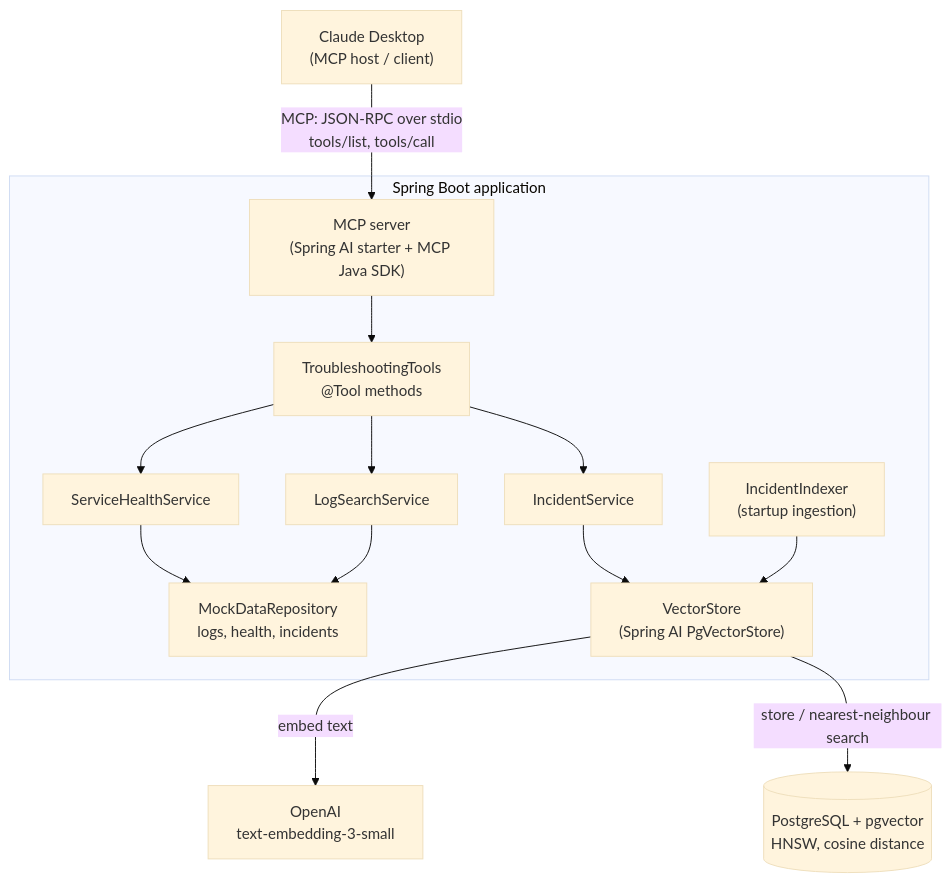
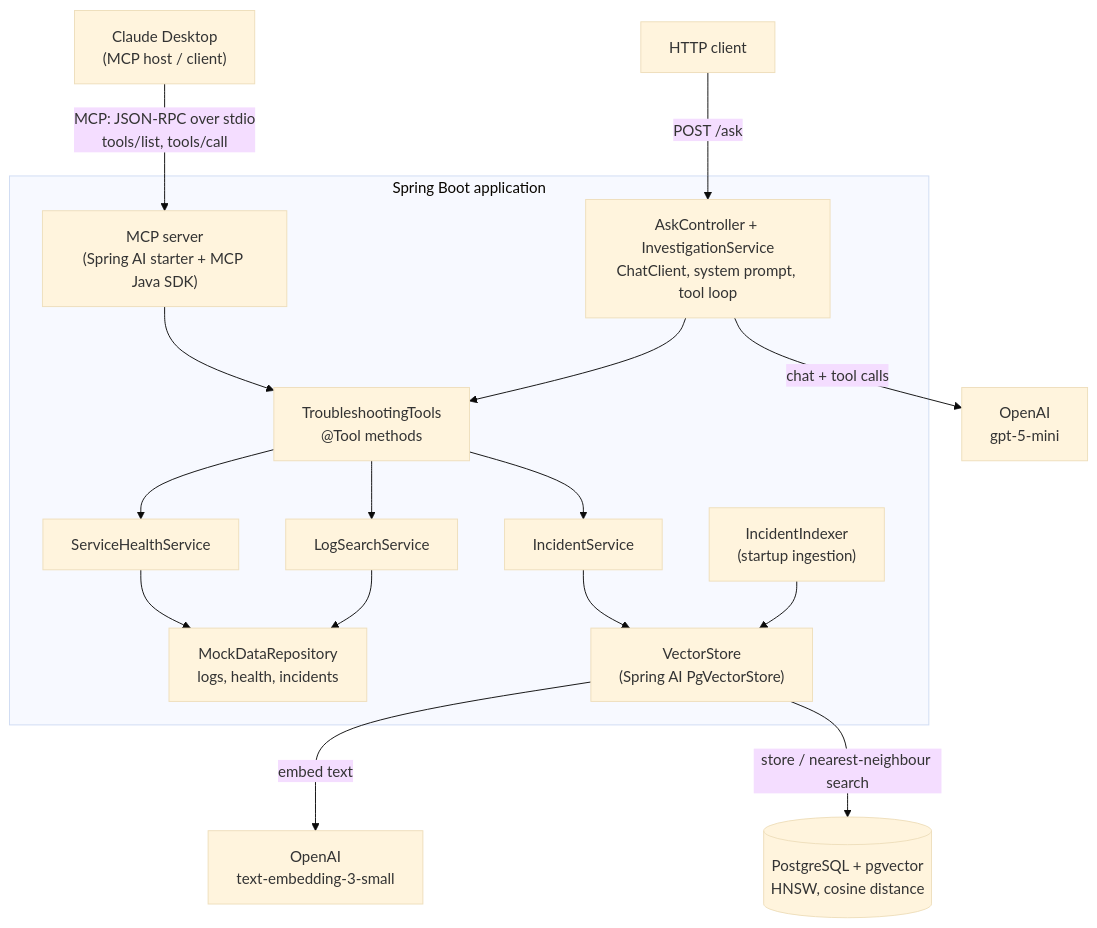
Before and after one commit to hajeera/ai-troubleshooting-assistant: the diagram in README.md, drawn with Mermaid (base theme). The commit also changed other lines of this file and 9 other files, not shown here.

Commit message:
/ask agent endpoint with ChatClient tool calling and structured Diagnosis output

````diff
--- a/README.md
+++ b/README.md
@@ -33,18 +35,21 @@
 ```mermaid
 flowchart TD
     CD["Claude Desktop<br/>(MCP host / client)"] -- "MCP: JSON-RPC over stdio<br/>tools/list, tools/call" --> MCP
+    HTTP["HTTP client"] -- "POST /ask" --> ASK
 
     subgraph APP["Spring Boot application"]
         MCP["MCP server<br/>(Spring AI starter + MCP Java SDK)"] --> TT["TroubleshootingTools<br/>@Tool methods"]
+        ASK["AskController + InvestigationService<br/>ChatClient, system prompt, tool loop"] --> TT
         TT --> HS["ServiceHealthService"]
         TT --> LS["LogSearchService"]
         TT --> IS["IncidentService"]
         HS --> REPO["MockDataRepository<br/>logs, health, incidents"]
         LS --> REPO
         IS --> VS["VectorStore<br/>(Spring AI PgVectorStore)"]
         IDX["IncidentIndexer<br/>(startup ingestion)"] --> VS
     end
 
+    ASK -- "chat + tool calls" --> LLM["OpenAI<br/>gpt-5-mini"]
     VS -- "embed text" --> OAI["OpenAI<br/>text-embedding-3-small"]
     VS -- "store / nearest-neighbour search" --> PG[("PostgreSQL + pgvector<br/>HNSW, cosine distance")]
 ```
````
